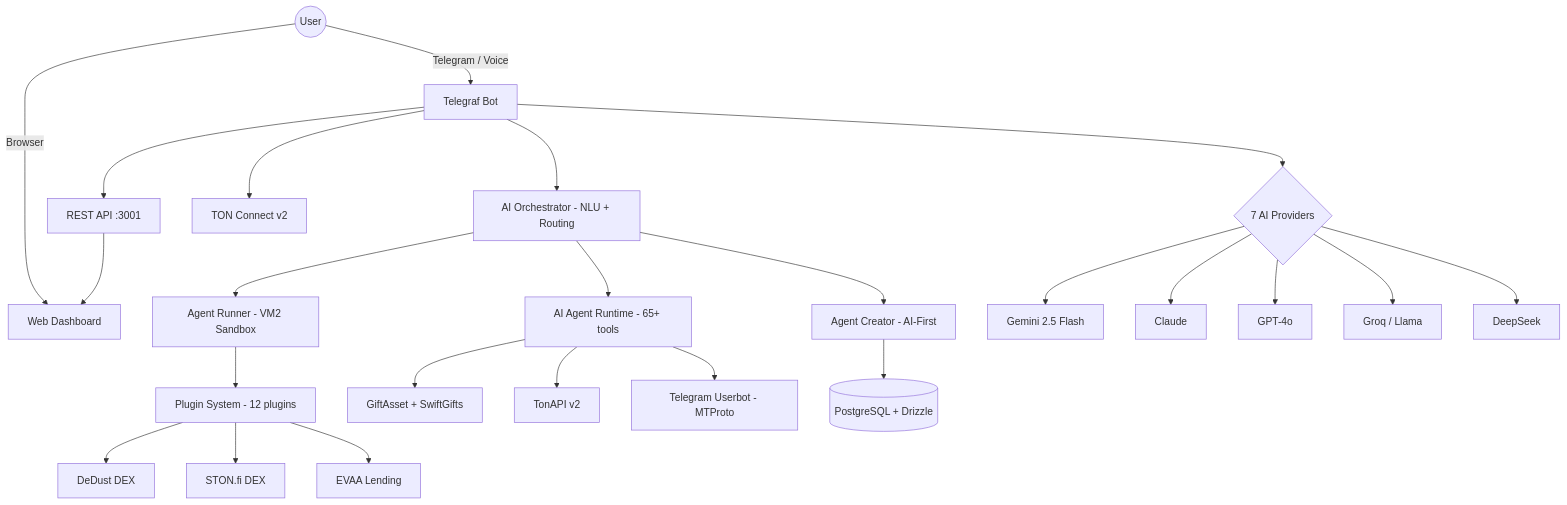
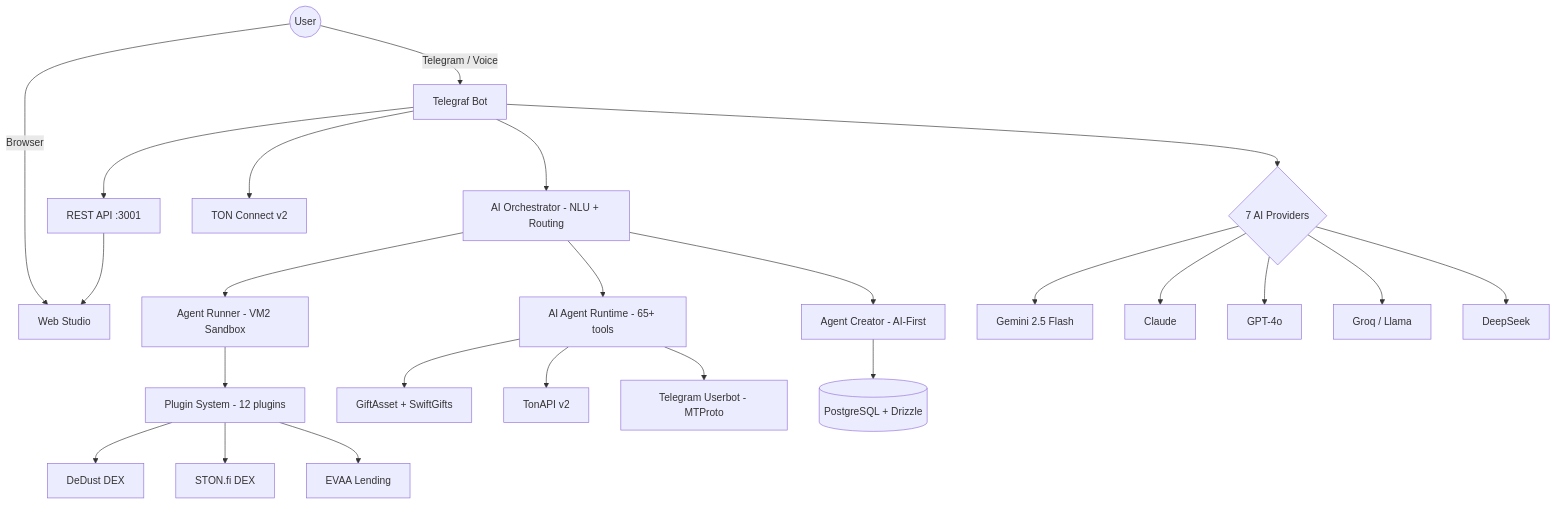
The diagram in README.md (uheartattack/TonAgentPlatform), drawn with Mermaid before and after one commit. The commit also changed other lines of this file and 4 other files, not shown here.

````diff
--- a/README.md
+++ b/README.md
@@ -89,26 +89,26 @@
 ```mermaid
 graph TB
     User((User)) -->|Telegram / Voice| Bot[Telegraf Bot]
-    User -->|Browser| Dashboard[Web Dashboard]
+    User -->|Browser| Studio[Web Studio]
     Bot --> Orchestrator[AI Orchestrator - NLU + Routing]
     Bot --> APIServer[REST API :3001]
     Orchestrator --> Creator[Agent Creator - AI-First]
     Orchestrator --> AIRuntime[AI Agent Runtime - 65+ tools]
     Orchestrator --> Runner[Agent Runner - VM2 Sandbox]
     Runner --> Plugins[Plugin System - 12 plugins]
     AIRuntime --> GiftAsset[GiftAsset + SwiftGifts]
     AIRuntime --> TonAPI[TonAPI v2]
     AIRuntime --> Userbot[Telegram Userbot - MTProto]
     Plugins --> DeDust[DeDust DEX]
     Plugins --> STON[STON.fi DEX]
     Plugins --> EVAA[EVAA Lending]
     Creator --> DB[(PostgreSQL + Drizzle)]
-    APIServer --> Dashboard
+    APIServer --> Studio
     Bot --> TonConnect[TON Connect v2]
     Bot --> MultiProvider{7 AI Providers}
     MultiProvider --> Gemini[Gemini 2.5 Flash]
     MultiProvider --> Claude[Claude]
     MultiProvider --> GPT[GPT-4o]
     MultiProvider --> Groq[Groq / Llama]
     MultiProvider --> DeepSeek[DeepSeek]
 ```
````
